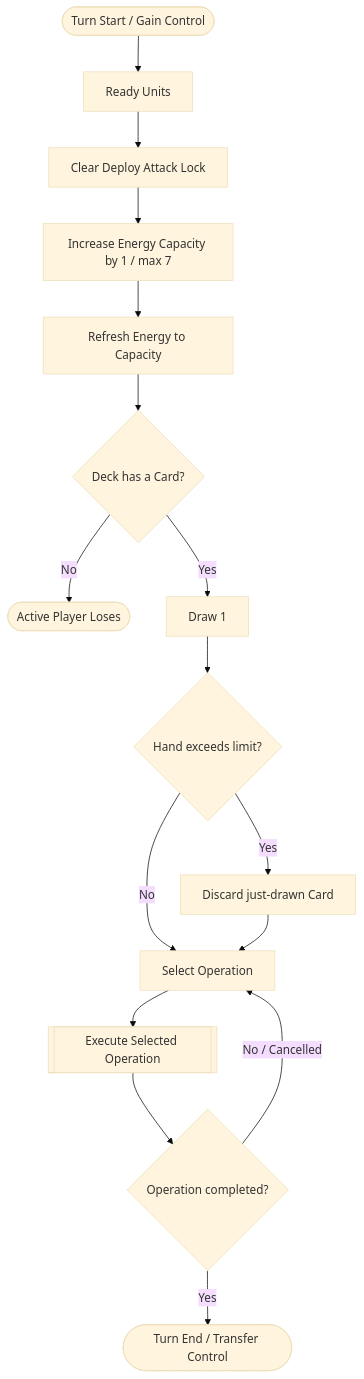
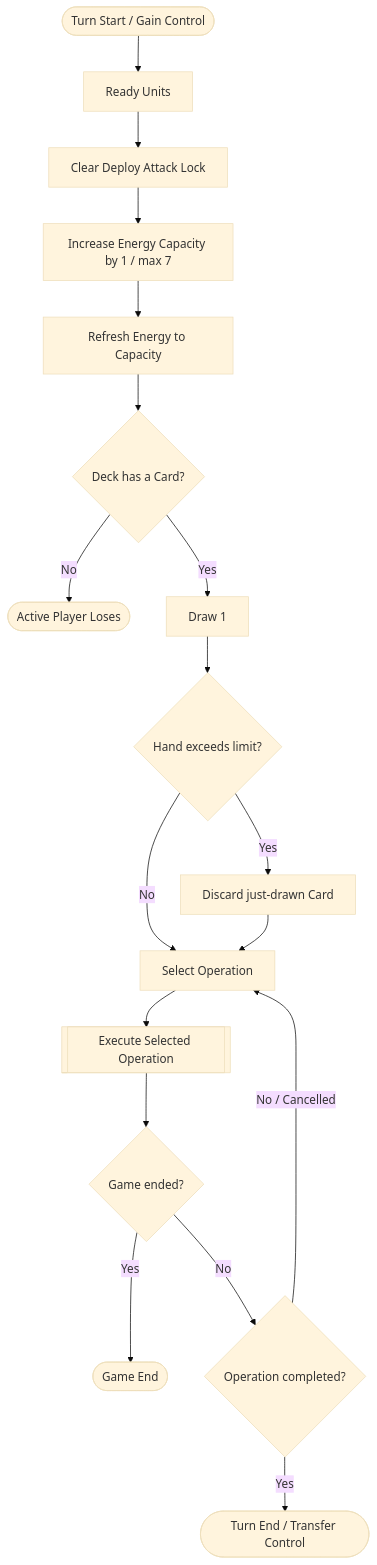
One commit to kjun1/card-game changed the diagram in docs/process/turn-flow.md. Above: the diagram before and after it, drawn with Mermaid (base theme). The commit also changed other lines of this file and 6 other files, not shown here.

```diff
--- a/docs/process/turn-flow.md
+++ b/docs/process/turn-flow.md
@@ -19,18 +19,20 @@
 ~~~mermaid
 flowchart TD
     S([Turn Start / Gain Control]) --> R[Ready Units]
     R --> L[Clear Deploy Attack Lock]
     L --> U[Increase Energy Capacity by 1 / max 7]
     U --> E[Refresh Energy to Capacity]
     E --> Q{Deck has a Card?}
     Q -- No --> X([Active Player Loses])
     Q -- Yes --> D[Draw 1]
     D --> H{Hand exceeds limit?}
     H -- Yes --> HD[Discard just-drawn Card]
     H -- No --> O[Select Operation]
     HD --> O
     O --> P[[Execute Selected Operation]]
-    P --> F{Operation completed?}
+    P --> G{Game ended?}
+    G -- Yes --> GE([Game End])
+    G -- No --> F{Operation completed?}
     F -- No / Cancelled --> O
     F -- Yes --> T([Turn End / Transfer Control])
 ~~~
```
